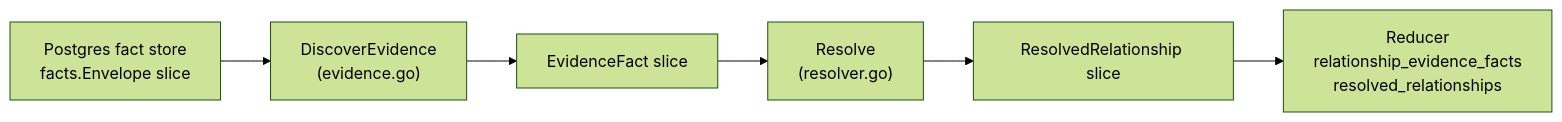
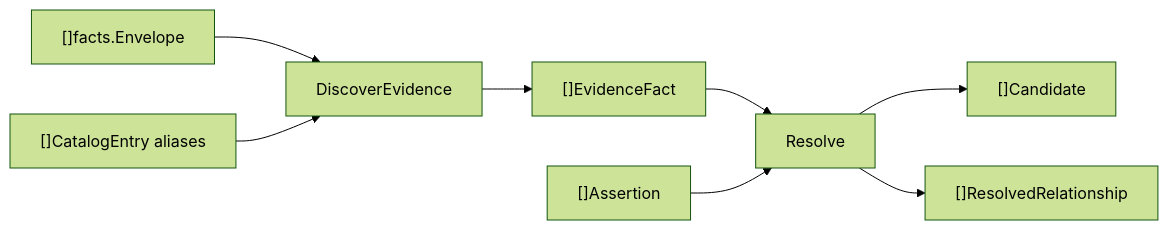
The diagram in go/internal/relationships/README.md (eshu-hq/eshu), drawn with Mermaid (forest theme) before and after one commit. The commit also changed other lines of this file and 20 other files, not shown here.

````diff
--- a/go/internal/relationships/README.md
+++ b/go/internal/relationships/README.md
@@ -19,8 +21,10 @@
 ```mermaid
 flowchart LR
-  A["Postgres fact store\nfacts.Envelope slice"] --> B["DiscoverEvidence\n(evidence.go)"]
-  B --> C["EvidenceFact slice"]
-  C --> D["Resolve\n(resolver.go)"]
-  D --> E["ResolvedRelationship slice"]
-  E --> F["Reducer\nrelationship_evidence_facts\nresolved_relationships"]
+  Facts["[]facts.Envelope"] --> Discover["DiscoverEvidence"]
+  Catalog["[]CatalogEntry aliases"] --> Discover
+  Discover --> Evidence["[]EvidenceFact"]
+  Evidence --> Resolve["Resolve"]
+  Assertions["[]Assertion"] --> Resolve
+  Resolve --> Candidates["[]Candidate"]
+  Resolve --> Resolved["[]ResolvedRelationship"]
 ```
````
